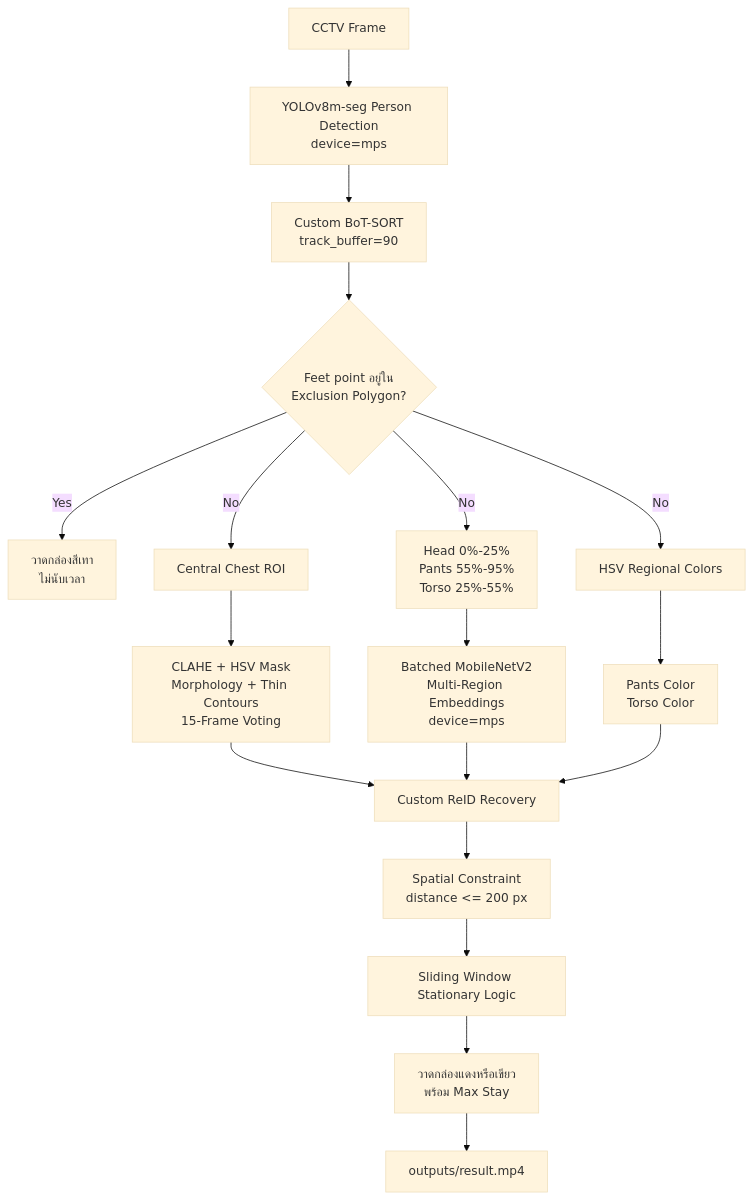
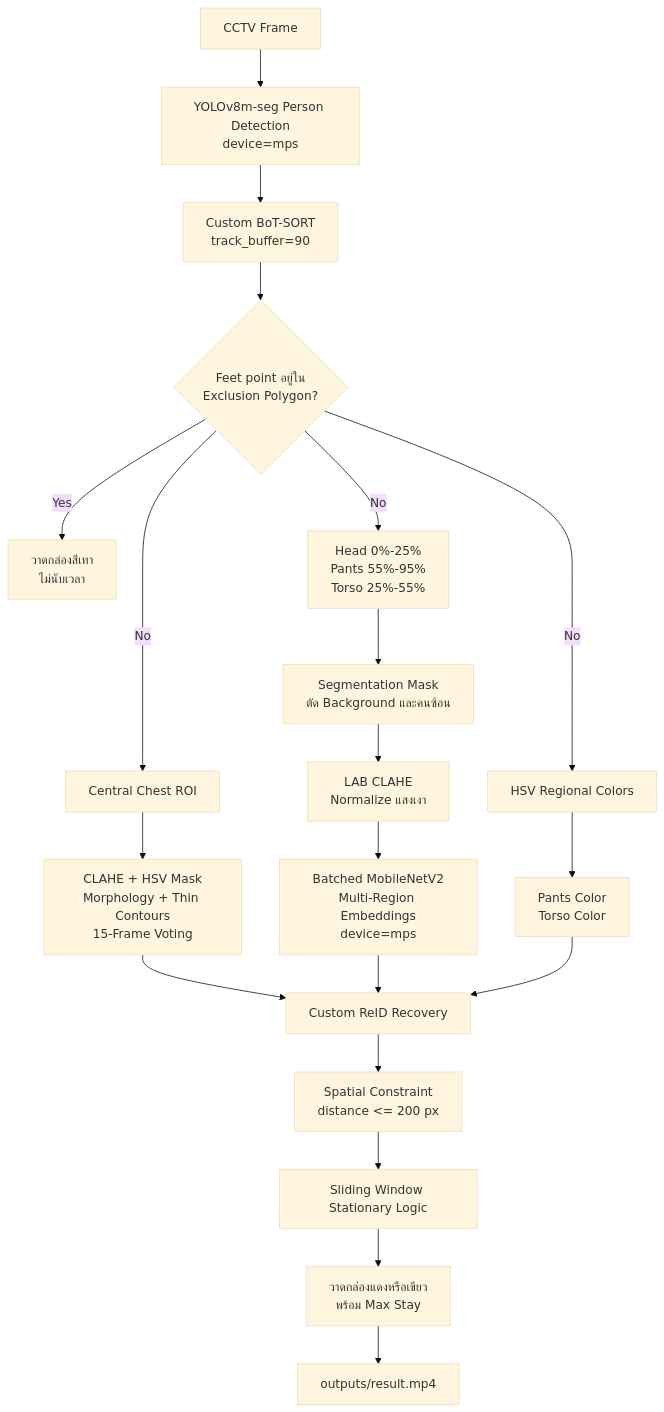
The diagram in docs/IMPLEMENTATION_REPORT.md (keyboardban/connected-stationary-detection), drawn with Mermaid (base theme) before and after one commit. The commit also changed other lines of this file and 6 other files, not shown here.

````diff
--- a/docs/IMPLEMENTATION_REPORT.md
+++ b/docs/IMPLEMENTATION_REPORT.md
@@ -62,20 +63,22 @@
 ```mermaid
 flowchart TD
     A["CCTV Frame"] --> B["YOLOv8m-seg Person Detection<br/>device=mps"]
     B --> C["Custom BoT-SORT<br/>track_buffer=90"]
     C --> D{"Feet point อยู่ใน<br/>Exclusion Polygon?"}
     D -- "Yes" --> E["วาดกล่องสีเทา<br/>ไม่นับเวลา"]
     D -- "No" --> F["Head 0%-25%<br/>Pants 55%-95%<br/>Torso 25%-55%"]
-    F --> G["Batched MobileNetV2<br/>Multi-Region Embeddings<br/>device=mps"]
+    F --> Q["Segmentation Mask<br/>ตัด Background และคนซ้อน"]
+    Q --> R["LAB CLAHE<br/>Normalize แสงเงา"]
+    R --> G["Batched MobileNetV2<br/>Multi-Region Embeddings<br/>device=mps"]
     D -- "No" --> H["HSV Regional Colors"]
     H --> I["Pants Color<br/>Torso Color"]
     D -- "No" --> O["Central Chest ROI"]
     O --> P["CLAHE + HSV Mask<br/>Morphology + Thin Contours<br/>15-Frame Voting"]
     P --> J
     G --> J["Custom ReID Recovery"]
     I --> J
     J --> K["Spatial Constraint<br/>distance <= 200 px"]
     K --> L["Sliding Window Stationary Logic"]
     L --> M["วาดกล่องแดงหรือเขียว<br/>พร้อม Max Stay"]
     M --> N["outputs/result.mp4"]
 ```
````
